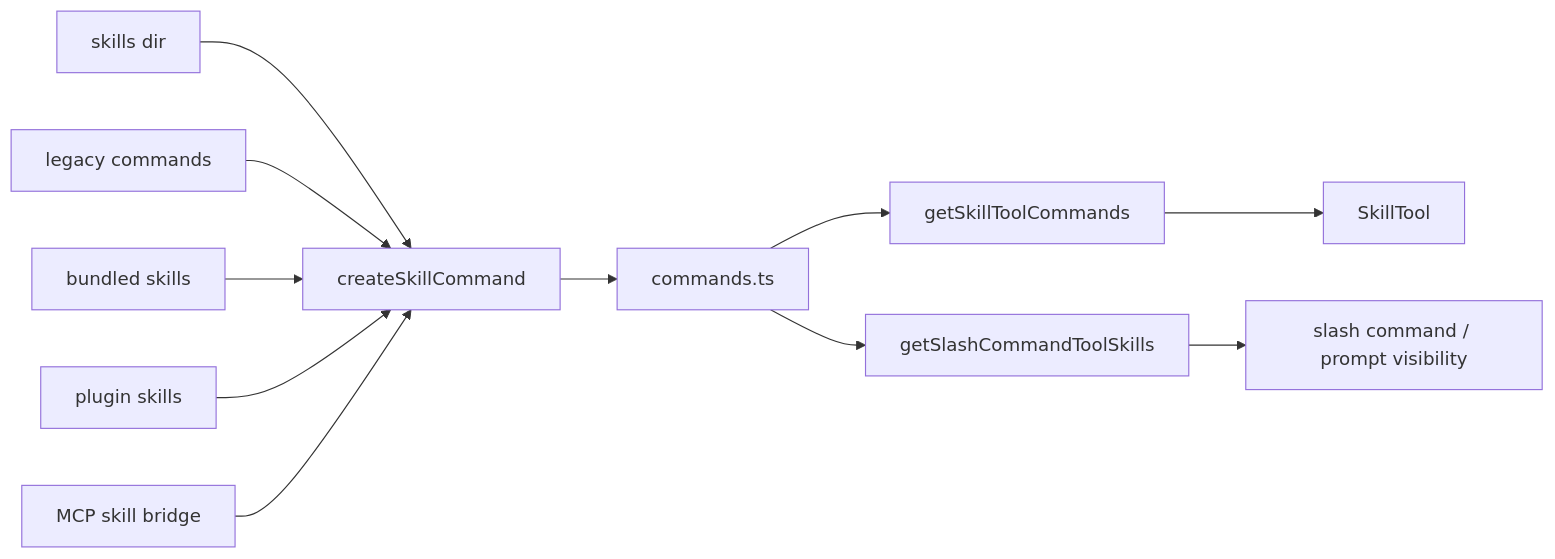
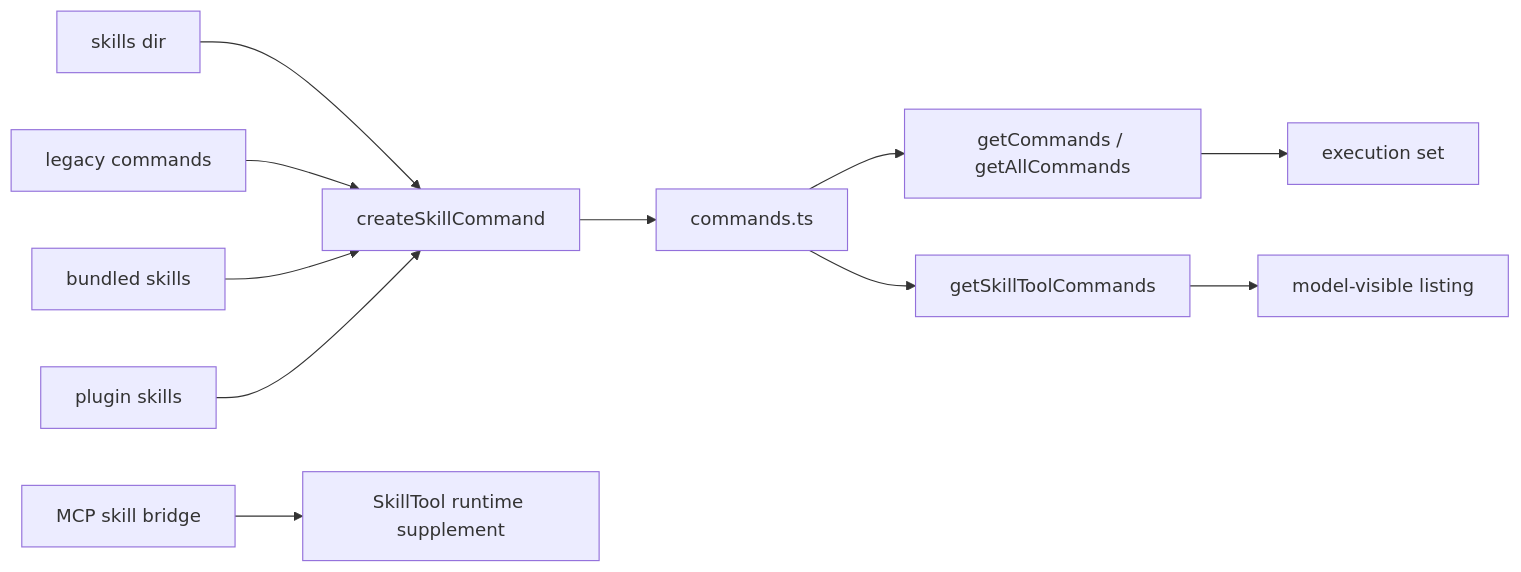
Before and after one commit to Boulea7/ClaudeCode-Source-DeepDive: the diagram in PROMPTS/skills-and-command-injection.md, drawn with Mermaid. The commit also changed other lines of this file and 6 other files, not shown here.

````diff
--- a/PROMPTS/skills-and-command-injection.md
+++ b/PROMPTS/skills-and-command-injection.md
@@ -108,13 +145,13 @@
 ```mermaid
 flowchart LR
     A[skills dir] --> E[createSkillCommand]
     B[legacy commands] --> E
     C[bundled skills] --> E
     D[plugin skills] --> E
-    F[MCP skill bridge] --> E
-    E --> G[commands.ts]
-    G --> H[getSkillToolCommands]
-    G --> I[getSlashCommandToolSkills]
-    H --> J[SkillTool]
-    I --> K[slash command / prompt visibility]
+    F[MCP skill bridge] --> G[SkillTool runtime supplement]
+    E --> H[commands.ts]
+    H --> I[getCommands / getAllCommands]
+    H --> J[getSkillToolCommands]
+    I --> K[execution set]
+    J --> L[model-visible listing]
 ```
````
